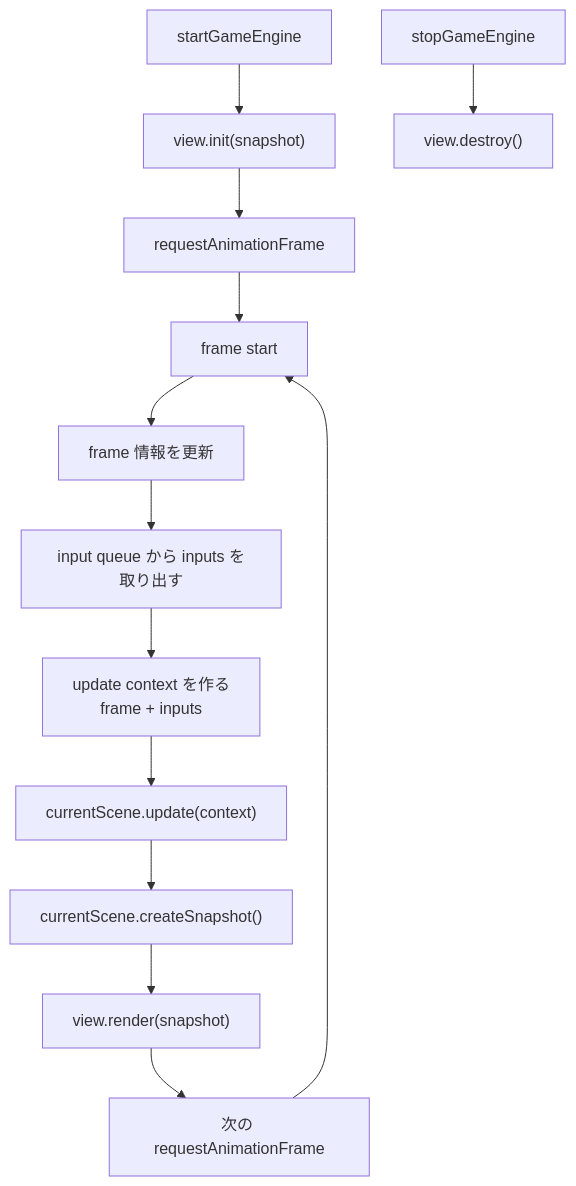
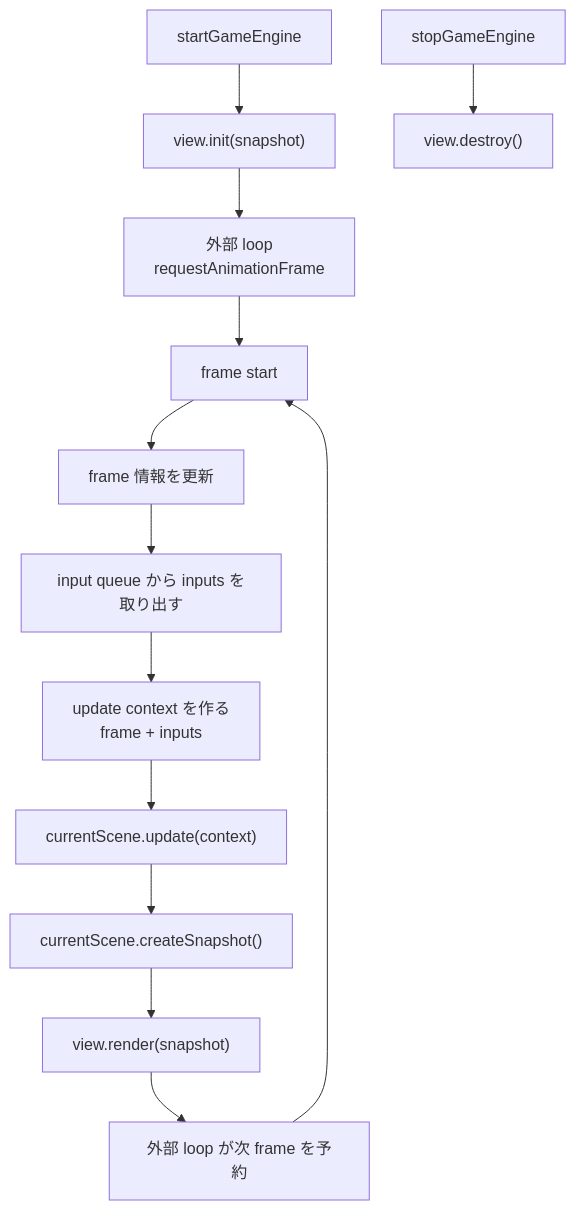
The first of 2 diagrams in docs/エンジン.md (hachimitu22/negima-festival), drawn with Mermaid before and after one commit. The commit also changed other lines of this file and 2 other files, not shown here.

Commit message:
feat: gameEngineはrequestAnimationFrameへ依存しない

````diff
--- a/docs/エンジン.md
+++ b/docs/エンジン.md
@@ -72,23 +80,23 @@
 ```mermaid
 flowchart TD
   Start["startGameEngine"]
   InitView["view.init(snapshot)"]
-  RequestFrame["requestAnimationFrame"]
+  RequestFrame["外部 loop<br/>requestAnimationFrame"]
 
   FrameStart["frame start"]
   UpdateFrame["frame 情報を更新"]
   DrainInput["input queue から inputs を取り出す"]
   CreateContext["update context を作る<br/>frame + inputs"]
   UpdateScene["currentScene.update(context)"]
   CreateSnapshot["currentScene.createSnapshot()"]
   RenderView["view.render(snapshot)"]
-  NextFrame["次の requestAnimationFrame"]
+  NextFrame["外部 loop が次 frame を予約"]
 
   Stop["stopGameEngine"]
   DestroyView["view.destroy()"]
 
   Start --> InitView --> RequestFrame --> FrameStart
   FrameStart --> UpdateFrame --> DrainInput --> CreateContext --> UpdateScene --> CreateSnapshot --> RenderView --> NextFrame --> FrameStart
 
   Stop --> DestroyView
 ```
````
